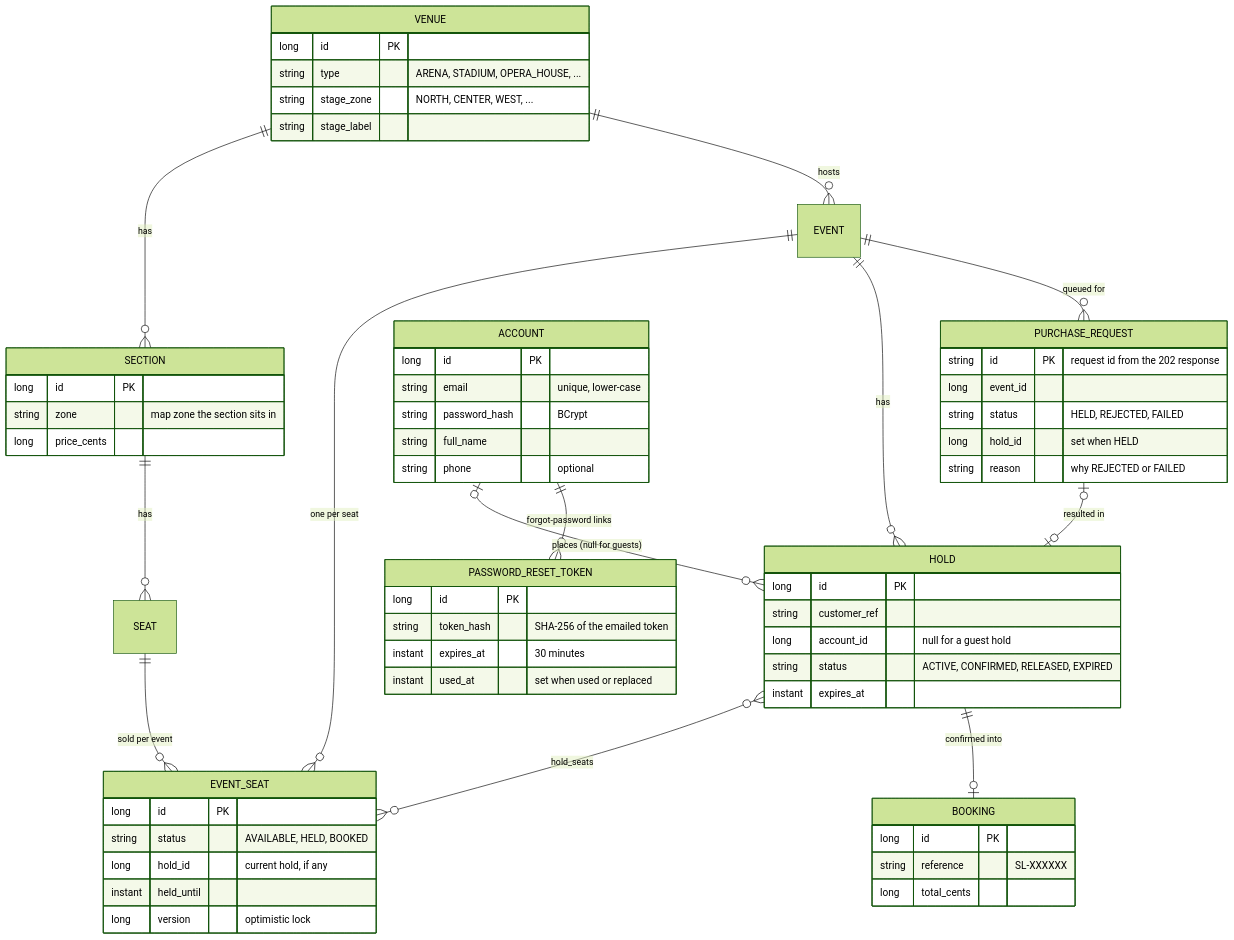
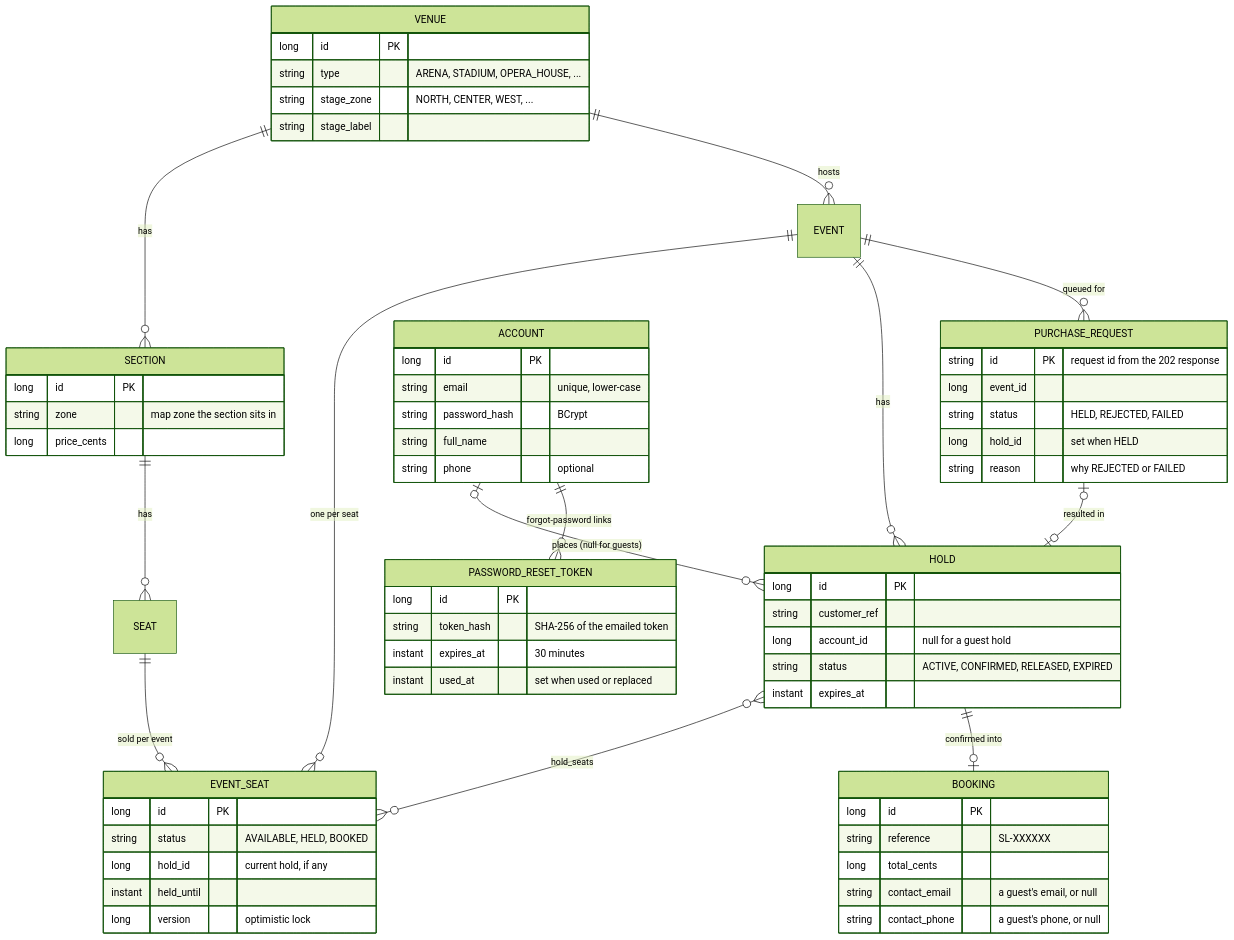
The second of 6 diagrams in docs/ARCHITECTURE.md (mohanarevarapu-commits/SeatLock), drawn with Mermaid (forest theme) before and after one commit. The commit also changed other lines of this file and 22 other files, not shown here.

````diff
--- a/docs/ARCHITECTURE.md
+++ b/docs/ARCHITECTURE.md
@@ -81,66 +82,68 @@
 ```mermaid
 erDiagram
     VENUE {
         long id PK
         string type "ARENA, STADIUM, OPERA_HOUSE, ..."
         string stage_zone "NORTH, CENTER, WEST, ..."
         string stage_label
     }
     SECTION {
         long id PK
         string zone "map zone the section sits in"
         long price_cents
     }
     VENUE ||--o{ SECTION : has
     SECTION ||--o{ SEAT : has
     VENUE ||--o{ EVENT : hosts
     EVENT ||--o{ EVENT_SEAT : "one per seat"
     SEAT ||--o{ EVENT_SEAT : "sold per event"
     EVENT ||--o{ HOLD : has
     HOLD }o--o{ EVENT_SEAT : "hold_seats"
     HOLD ||--o| BOOKING : "confirmed into"
     EVENT ||--o{ PURCHASE_REQUEST : "queued for"
     PURCHASE_REQUEST |o--o| HOLD : "resulted in"
     ACCOUNT |o--o{ HOLD : "places (null for guests)"
     ACCOUNT ||--o{ PASSWORD_RESET_TOKEN : "forgot-password links"
 
     EVENT_SEAT {
         long id PK
         string status "AVAILABLE, HELD, BOOKED"
         long hold_id "current hold, if any"
         instant held_until
         long version "optimistic lock"
     }
     HOLD {
         long id PK
         string customer_ref
         long account_id "null for a guest hold"
         string status "ACTIVE, CONFIRMED, RELEASED, EXPIRED"
         instant expires_at
     }
     BOOKING {
         long id PK
         string reference "SL-XXXXXX"
         long total_cents
+        string contact_email "a guest's email, or null"
+        string contact_phone "a guest's phone, or null"
     }
     ACCOUNT {
         long id PK
         string email "unique, lower-case"
         string password_hash "BCrypt"
         string full_name
         string phone "optional"
     }
     PASSWORD_RESET_TOKEN {
         long id PK
         string token_hash "SHA-256 of the emailed token"
         instant expires_at "30 minutes"
         instant used_at "set when used or replaced"
     }
     PURCHASE_REQUEST {
         string id PK "request id from the 202 response"
         long event_id
         string status "HELD, REJECTED, FAILED"
         long hold_id "set when HELD"
         string reason "why REJECTED or FAILED"
     }
 ```
````
